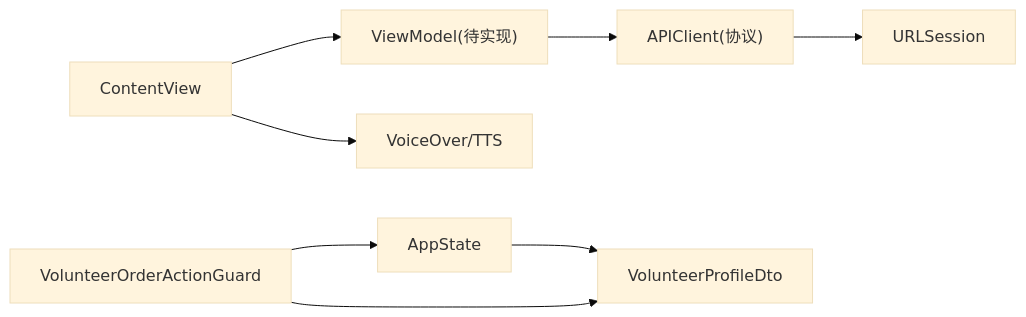
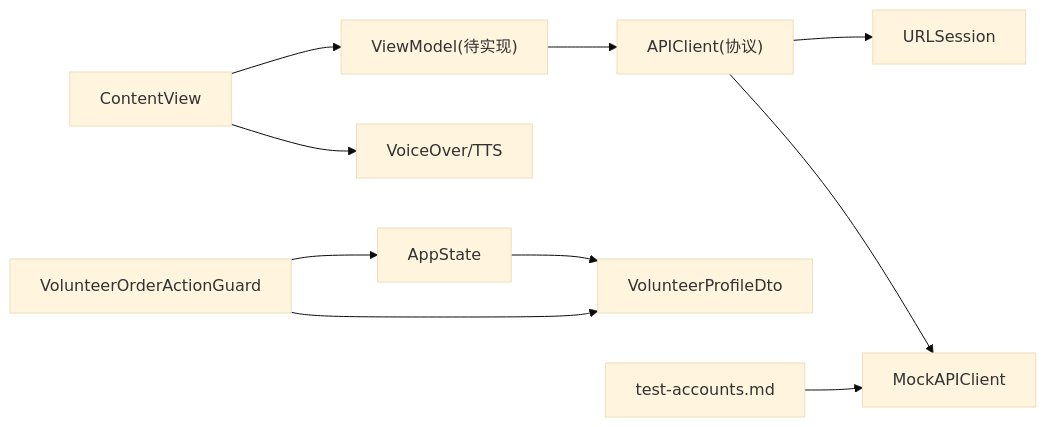
One commit to Jayden23018/blind-run-ios changed diagram 12 of 12 in .qoder/repowiki/zh/content/测试策略/测试策略.md. Above: the diagram before and after it, drawn with Mermaid (base theme). The commit also changed other lines of this file and 22 other files, not shown here.

````diff
--- a/.qoder/repowiki/zh/content/测试策略/测试策略.md
+++ b/.qoder/repowiki/zh/content/测试策略/测试策略.md
@@ -386,10 +490,12 @@
 ```mermaid
 graph LR
 View["ContentView"] --> VM["ViewModel(待实现)"]
 VM --> API["APIClient(协议)"]
 Guard["VolunteerOrderActionGuard"] --> AppState["AppState"]
 Guard --> Profiles["VolunteerProfileDto"]
 AppState --> Profiles
 API --> URLSession["URLSession"]
+API --> MockAPI["MockAPIClient"]
 View --> VO["VoiceOver/TTS"]
+TestAccounts["test-accounts.md"] --> MockAPI
 ```
````
